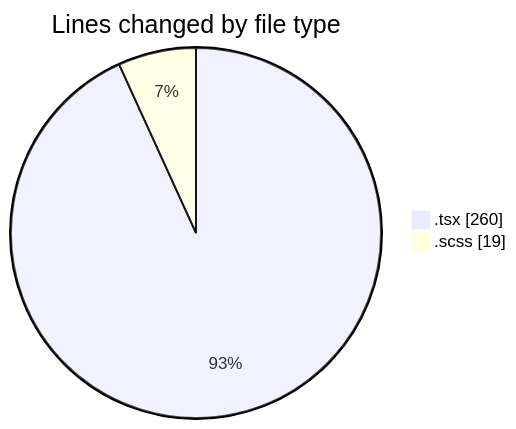
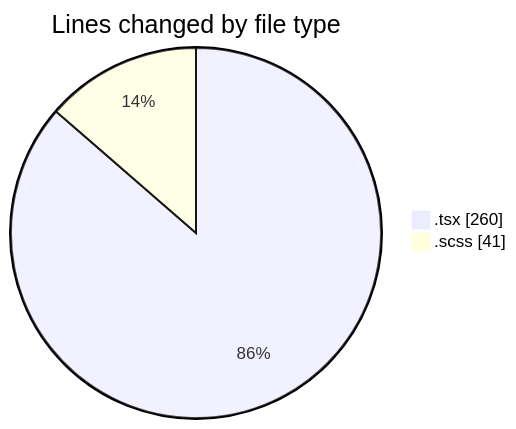
One commit to momahboobian/code-tracking changed the first of 2 diagrams in 2026-04-10/cda/README.md. Above: the diagram before and after it, drawn with Mermaid. The commit also changed other lines of this file and 1 other file, not shown here.

````diff
--- a/2026-04-10/cda/README.md
+++ b/2026-04-10/cda/README.md
@@ -22,6 +22,6 @@
 ```mermaid
 pie showData
 title Lines changed by file type
 ".tsx" : 260
-".scss" : 19
+".scss" : 41
 ```
````
